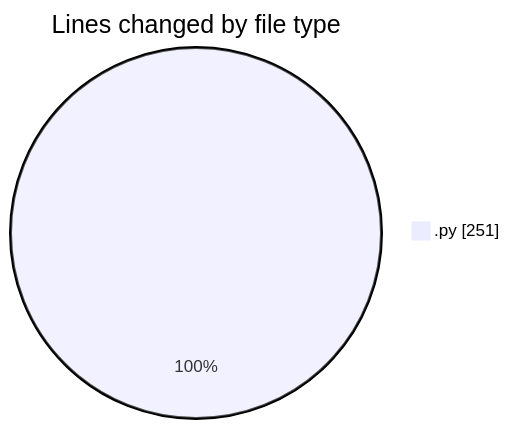
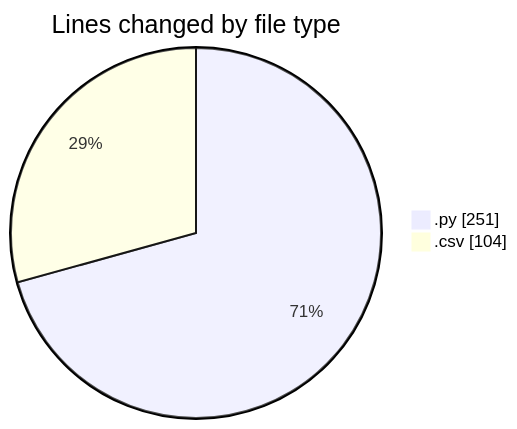
One commit to MatusMokan/code-tracking changed the first of 2 diagrams in 2025-05-04/myws__workspace_/README.md. Above: the diagram before and after it, drawn with Mermaid. The commit also changed other lines of this file and 1 other file, not shown here.

````diff
--- a/2025-05-04/myws__workspace_/README.md
+++ b/2025-05-04/myws__workspace_/README.md
@@ -20,5 +21,6 @@
 ```mermaid
 pie showData
 title Lines changed by file type
 ".py" : 251
+".csv" : 104
 ```
````
